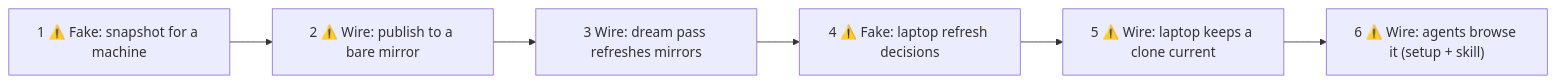
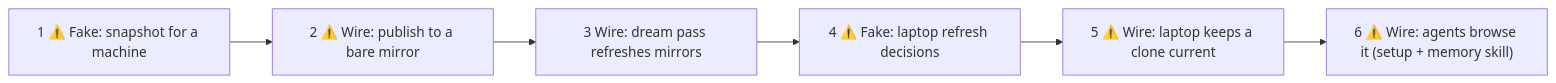
The fourth of 4 diagrams in _specs/47-browsable-memory-laptop.md (zyggy-org/zyggy), drawn with Mermaid before and after one commit. The commit also changed other lines of this file and 1 other file, not shown here.

````diff
--- a/_specs/47-browsable-memory-laptop.md
+++ b/_specs/47-browsable-memory-laptop.md
@@ -115,8 +117,8 @@
 ```mermaid
 flowchart LR
   s1["1 ⚠️ Fake: snapshot for a machine"] --> s2["2 ⚠️ Wire: publish to a bare mirror"]
   s2 --> s3["3 Wire: dream pass refreshes mirrors"]
   s3 --> s4["4 ⚠️ Fake: laptop refresh decisions"]
   s4 --> s5["5 ⚠️ Wire: laptop keeps a clone current"]
-  s5 --> s6["6 ⚠️ Wire: agents browse it (setup + skill)"]
+  s5 --> s6["6 ⚠️ Wire: agents browse it (setup + memory skill)"]
 ```
````
